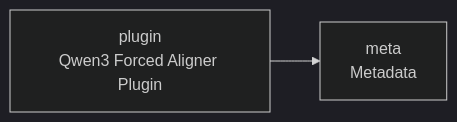
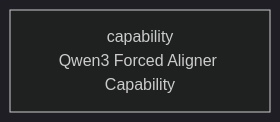
One commit to cj-mills/cjm-capability-qwen3-forced-aligner changed the diagram in README.md. Above: the diagram before and after it, drawn with Mermaid (dark theme). The commit also changed other lines of this file and 10 other files, not shown here.

First line of the commit message:
Stage 9 cascade (Layer 2b): rename cjm-transcription-plugin-qwen3-forced-aligner -> cjm-capability-qwen3-forced-aligner

````diff
--- a/README.md
+++ b/README.md
@@ -22,7 +21,4 @@
 ``` mermaid
 graph LR
-    meta["meta<br/>Metadata"]
-    plugin["plugin<br/>Qwen3 Forced Aligner Plugin"]
-
-    plugin --> meta
+    capability["capability<br/>Qwen3 Forced Aligner Capability"]
 ```
````
